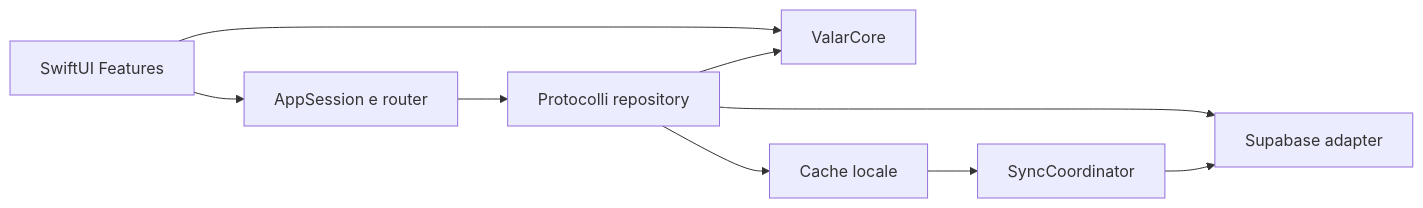
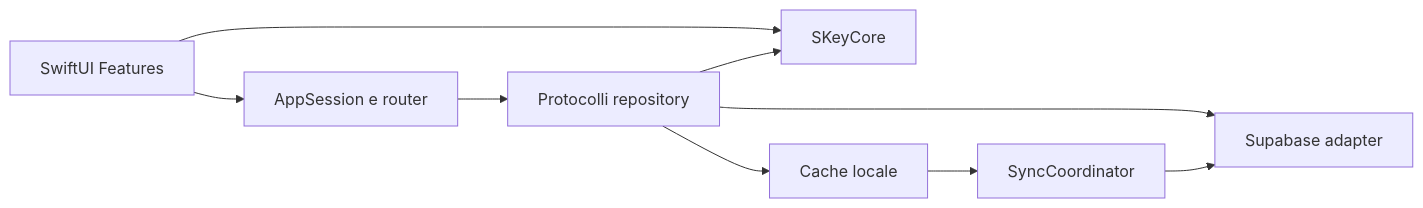
One commit to Siriusmac/valar-morghulis changed the diagram in docs/xcode/02-architettura.md. Above: the diagram before and after it, drawn with Mermaid. The commit also changed other lines of this file and 43 other files, not shown here.

Commit message:
feat: complete sKey rebrand and reimbursement flow

````diff
--- a/docs/xcode/02-architettura.md
+++ b/docs/xcode/02-architettura.md
@@ -20,11 +20,11 @@
 ```mermaid
 flowchart LR
   UI["SwiftUI Features"] --> Session["AppSession e router"]
-  UI --> Core["ValarCore"]
+  UI --> Core["SKeyCore"]
   Session --> Repo["Protocolli repository"]
   Repo --> Supabase["Supabase adapter"]
   Repo --> Cache["Cache locale"]
   Cache --> Sync["SyncCoordinator"]
   Sync --> Supabase
   Repo --> Core
 ```
````
